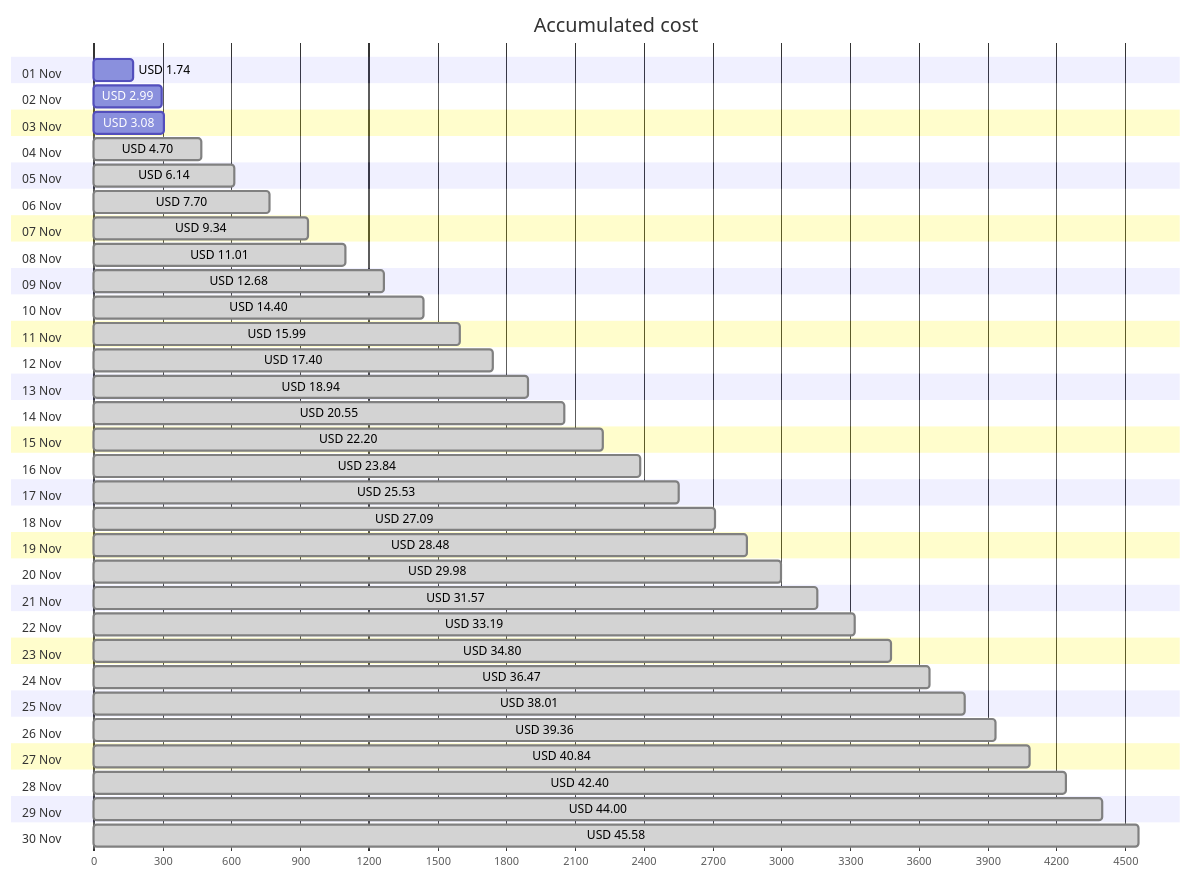
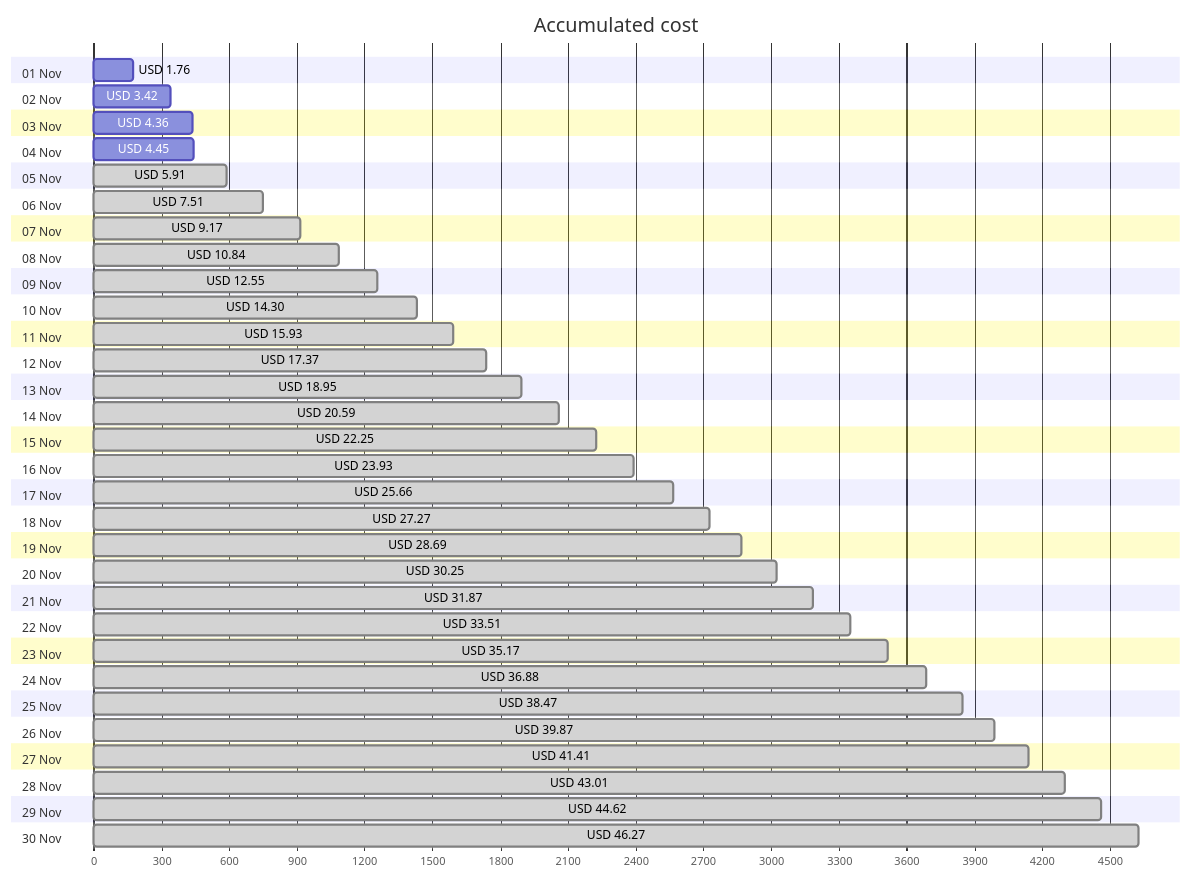
Before and after one commit to jpfulton/azure-personal-reports: the first of 4 diagrams in cost-reports/personal-network/README.md, drawn with Mermaid. The commit also changed other lines of this file and 8 other files, not shown here.

````diff
--- a/cost-reports/personal-network/README.md
+++ b/cost-reports/personal-network/README.md
@@ -20,66 +20,66 @@
 ```mermaid
 gantt
    title Accumulated cost
    dateFormat  X
    axisFormat %s
    section 01 Nov
-   USD 1.74 :0, 174
+   USD 1.76 :0, 176
    section 02 Nov
-   USD 2.99 :0, 299
+   USD 3.42 :0, 342
    section 03 Nov
-   USD 3.08 :0, 308
+   USD 4.36 :0, 436
    section 04 Nov
-   USD 4.70 : done, 0, 470
+   USD 4.45 :0, 445
    section 05 Nov
-   USD 6.14 : done, 0, 614
+   USD 5.91 : done, 0, 591
    section 06 Nov
-   USD 7.70 : done, 0, 770
+   USD 7.51 : done, 0, 751
    section 07 Nov
-   USD 9.34 : done, 0, 934
+   USD 9.17 : done, 0, 917
    section 08 Nov
-   USD 11.01 : done, 0, 1101
+   USD 10.84 : done, 0, 1084
    section 09 Nov
-   USD 12.68 : done, 0, 1268
+   USD 12.55 : done, 0, 1255
    section 10 Nov
-   USD 14.40 : done, 0, 1440
+   USD 14.30 : done, 0, 1430
    section 11 Nov
-   USD 15.99 : done, 0, 1599
+   USD 15.93 : done, 0, 1593
    section 12 Nov
-   USD 17.40 : done, 0, 1740
+   USD 17.37 : done, 0, 1737
    section 13 Nov
-   USD 18.94 : done, 0, 1894
+   USD 18.95 : done, 0, 1895
    section 14 Nov
-   USD 20.55 : done, 0, 2055
+   USD 20.59 : done, 0, 2059
    section 15 Nov
-   USD 22.20 : done, 0, 2220
+   USD 22.25 : done, 0, 2225
    section 16 Nov
-   USD 23.84 : done, 0, 2384
+   USD 23.93 : done, 0, 2393
    section 17 Nov
-   USD 25.53 : done, 0, 2553
+   USD 25.66 : done, 0, 2566
    section 18 Nov
-   USD 27.09 : done, 0, 2709
+   USD 27.27 : done, 0, 2727
    section 19 Nov
-   USD 28.48 : done, 0, 2848
+   USD 28.69 : done, 0, 2869
    section 20 Nov
-   USD 29.98 : done, 0, 2998
+   USD 30.25 : done, 0, 3025
    section 21 Nov
-   USD 31.57 : done, 0, 3157
+   USD 31.87 : done, 0, 3187
    section 22 Nov
-   USD 33.19 : done, 0, 3319
+   USD 33.51 : done, 0, 3351
    section 23 Nov
-   USD 34.80 : done, 0, 3480
+   USD 35.17 : done, 0, 3517
    section 24 Nov
-   USD 36.47 : done, 0, 3647
+   USD 36.88 : done, 0, 3688
    section 25 Nov
-   USD 38.01 : done, 0, 3801
+   USD 38.47 : done, 0, 3847
    section 26 Nov
-   USD 39.36 : done, 0, 3936
+   USD 39.87 : done, 0, 3987
    section 27 Nov
-   USD 40.84 : done, 0, 4084
+   USD 41.41 : done, 0, 4141
    section 28 Nov
-   USD 42.40 : done, 0, 4240
+   USD 43.01 : done, 0, 4301
    section 29 Nov
-   USD 44.00 : done, 0, 4400
+   USD 44.62 : done, 0, 4462
    section 30 Nov
-   USD 45.58 : done, 0, 4558
+   USD 46.27 : done, 0, 4627
 ```
````
